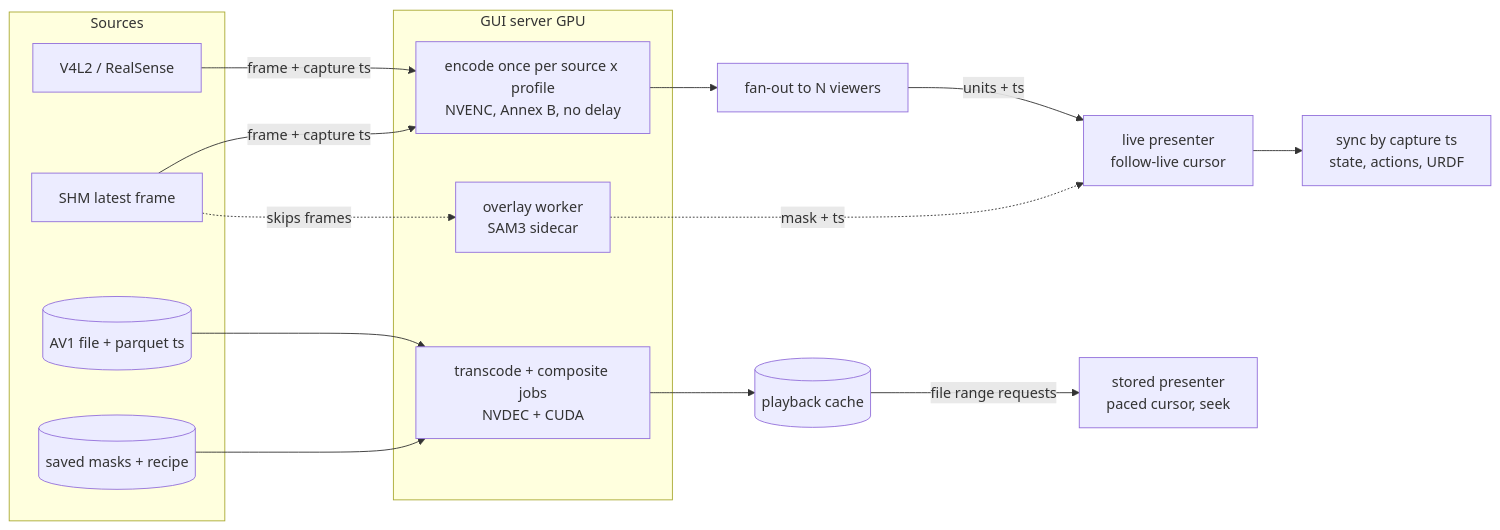
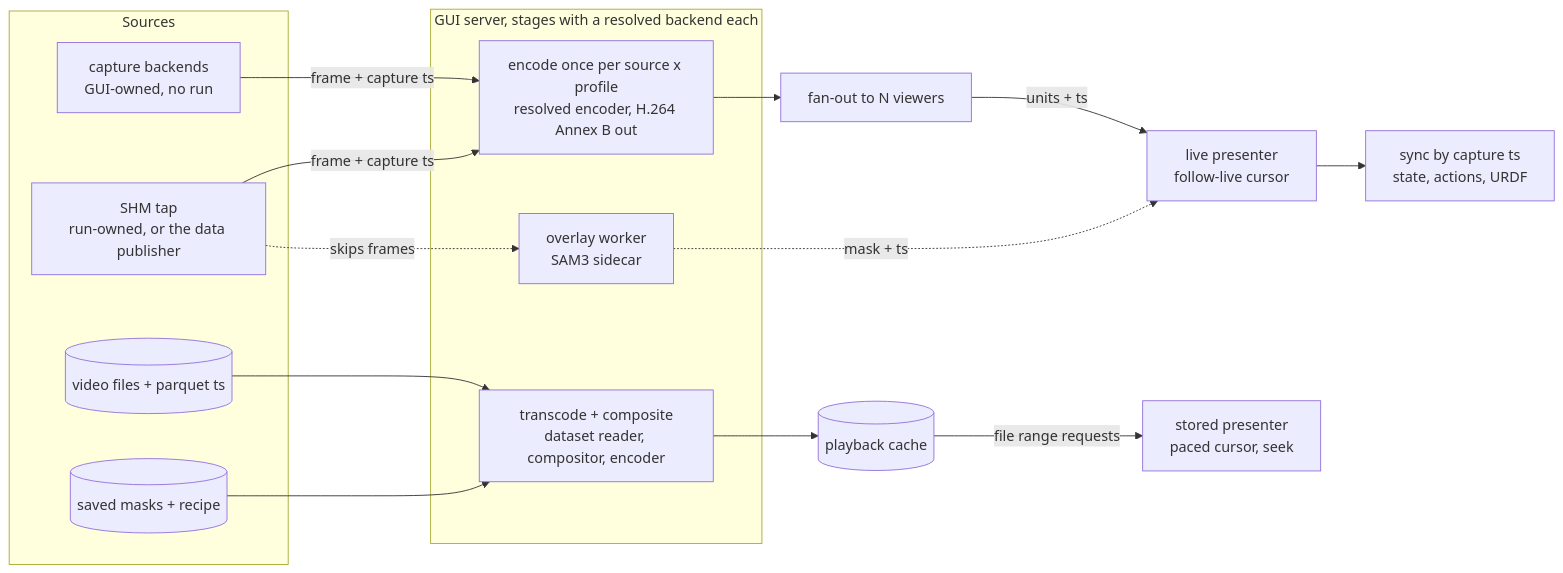
The seventh of 8 diagrams in src/lerobot/gui/docs/camera_video_transport.md (TheWisp/lerobot), drawn with Mermaid before and after one commit. The commit also changed other lines of this file, not shown here.

````diff
--- a/src/lerobot/gui/docs/camera_video_transport.md
+++ b/src/lerobot/gui/docs/camera_video_transport.md
@@ -284,25 +437,25 @@
 ```mermaid
 flowchart LR
   subgraph sources[Sources]
-    dev[V4L2 / RealSense]
-    shm[SHM latest frame]
-    av1[(AV1 file + parquet ts)]
+    dev["capture backends<br/>GUI-owned, no run"]
+    shm["SHM tap<br/>run-owned, or the data publisher"]
+    vid[(video files + parquet ts)]
     masks[(saved masks + recipe)]
   end
-  subgraph gpu[GUI server GPU]
-    enc["encode once per source x profile<br/>NVENC, Annex B, no delay"]
-    xc["transcode + composite jobs<br/>NVDEC + CUDA"]
+  subgraph server[GUI server, stages with a resolved backend each]
+    enc["encode once per source x profile<br/>resolved encoder, H.264 Annex B out"]
+    xc["transcode + composite<br/>dataset reader, compositor, encoder"]
     seg["overlay worker<br/>SAM3 sidecar"]
   end
   dev -->|frame + capture ts| enc
   shm -->|frame + capture ts| enc
   shm -.->|skips frames| seg
-  av1 --> xc
+  vid --> xc
   masks --> xc
   xc --> cache[(playback cache)]
   enc --> fan[fan-out to N viewers]
   fan -->|units + ts| live["live presenter<br/>follow-live cursor"]
   cache -->|file range requests| stored["stored presenter<br/>paced cursor, seek"]
   seg -.->|mask + ts| live
   live --> sync["sync by capture ts<br/>state, actions, URDF"]
 ```
````
